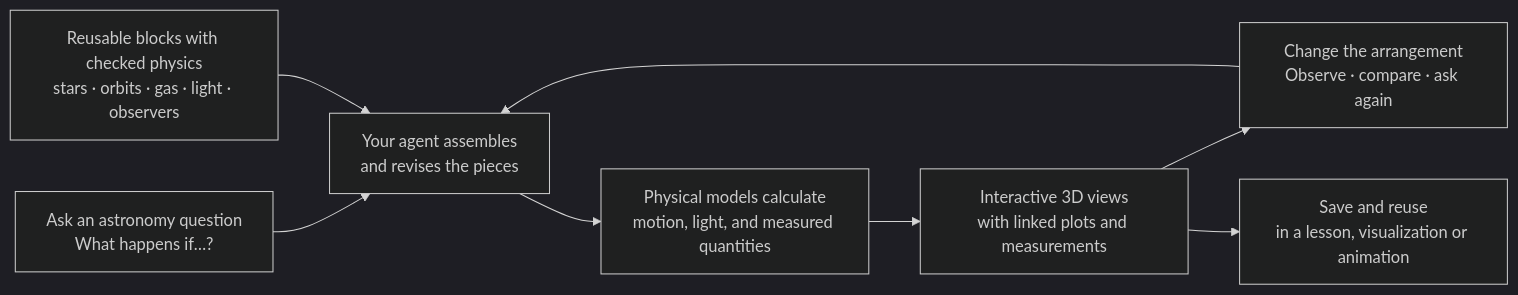
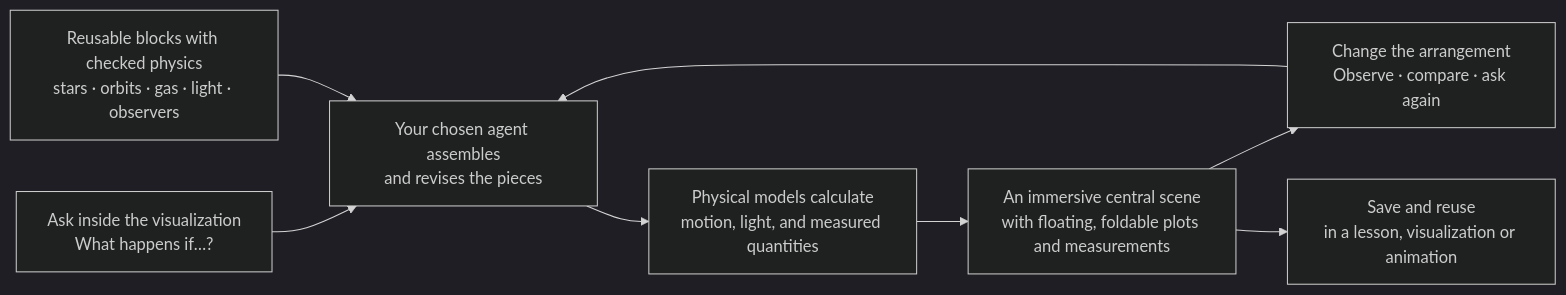
The diagram in README.md (Mingxuan-Liu/cosmic-lego), drawn with Mermaid (dark theme) before and after one commit. The commit also changed other lines of this file and 26 other files, not shown here.

````diff
--- a/README.md
+++ b/README.md
@@ -19,10 +19,10 @@
 ```mermaid
 flowchart LR
-    Q["Ask an astronomy question<br/>What happens if…?"] --> A["Your agent assembles<br/>and revises the pieces"]
+    Q["Ask inside the visualization<br/>What happens if…?"] --> A["Your chosen agent assembles<br/>and revises the pieces"]
     B["Reusable blocks with checked physics<br/>stars · orbits · gas · light · observers"] --> A
     A --> P["Physical models calculate<br/>motion, light, and measured quantities"]
-    P --> V["Interactive 3D views<br/>with linked plots and measurements"]
+    P --> V["An immersive central scene<br/>with floating, foldable plots and measurements"]
     V --> E["Change the arrangement<br/>Observe · compare · ask again"]
     E --> A
     V --> R["Save and reuse<br/>in a lesson, visualization or animation"]
 ```
````
